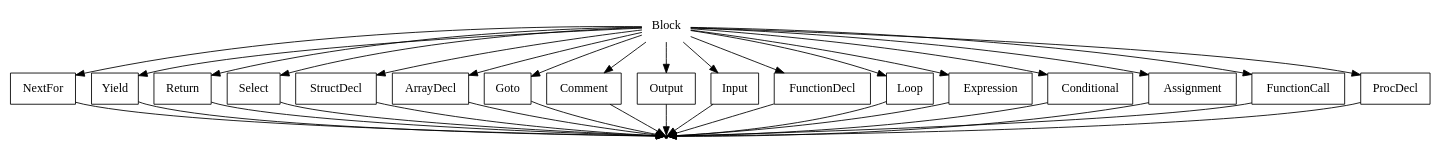
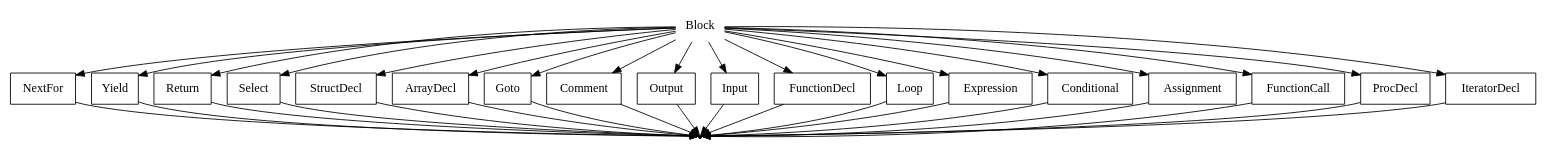
Before and after one commit to EgorGoluzin/DSL: the diagram in DSLTools/examples/RBNFEXPRESSIONSTESTRULES/wirth/Block.gv, drawn with Graphviz. The commit also changed 8 other files, not shown here.

```diff
--- a/DSLTools/examples/RBNFEXPRESSIONSTESTRULES/wirth/Block.gv
+++ b/DSLTools/examples/RBNFEXPRESSIONSTESTRULES/wirth/Block.gv
@@ -1,55 +1,58 @@
 digraph Block {
   start [label="Block" shape=plaintext];
   A [label="NextFor" shape=box];
   B [label="Yield" shape=box];
   C [label="Return" shape=box];
   D [label="Select" shape=box];
   E [label="StructDecl" shape=box];
   F [label="ArrayDecl" shape=box];
   G [label="Goto" shape=box];
   H [label="Comment" shape=box];
   I [label="Output" shape=box];
   J [label="Input" shape=box];
   K [label="FunctionDecl" shape=box];
   L [label="Loop" shape=box];
   M [label="Expression" shape=box];
   N [label="Conditional" shape=box];
   O [label="Assignment" shape=box];
   P [label="FunctionCall" shape=box];
   Q [label="ProcDecl" shape=box];
+  R [label="IteratorDecl" shape=box];
   end [label="" shape=point];
+  start -> R;
   start -> Q;
   start -> P;
   start -> O;
   start -> N;
   start -> M;
   start -> L;
   start -> K;
   start -> J;
   start -> I;
   start -> H;
   start -> G;
   start -> F;
   start -> E;
   start -> D;
   start -> C;
   start -> B;
   start -> A;
   A -> end;
   B -> end;
   C -> end;
   D -> end;
   E -> end;
   F -> end;
   G -> end;
   H -> end;
   I -> end;
   J -> end;
   K -> end;
   L -> end;
   M -> end;
   N -> end;
   O -> end;
   P -> end;
   Q -> end;
+  R -> end;
 }
```
